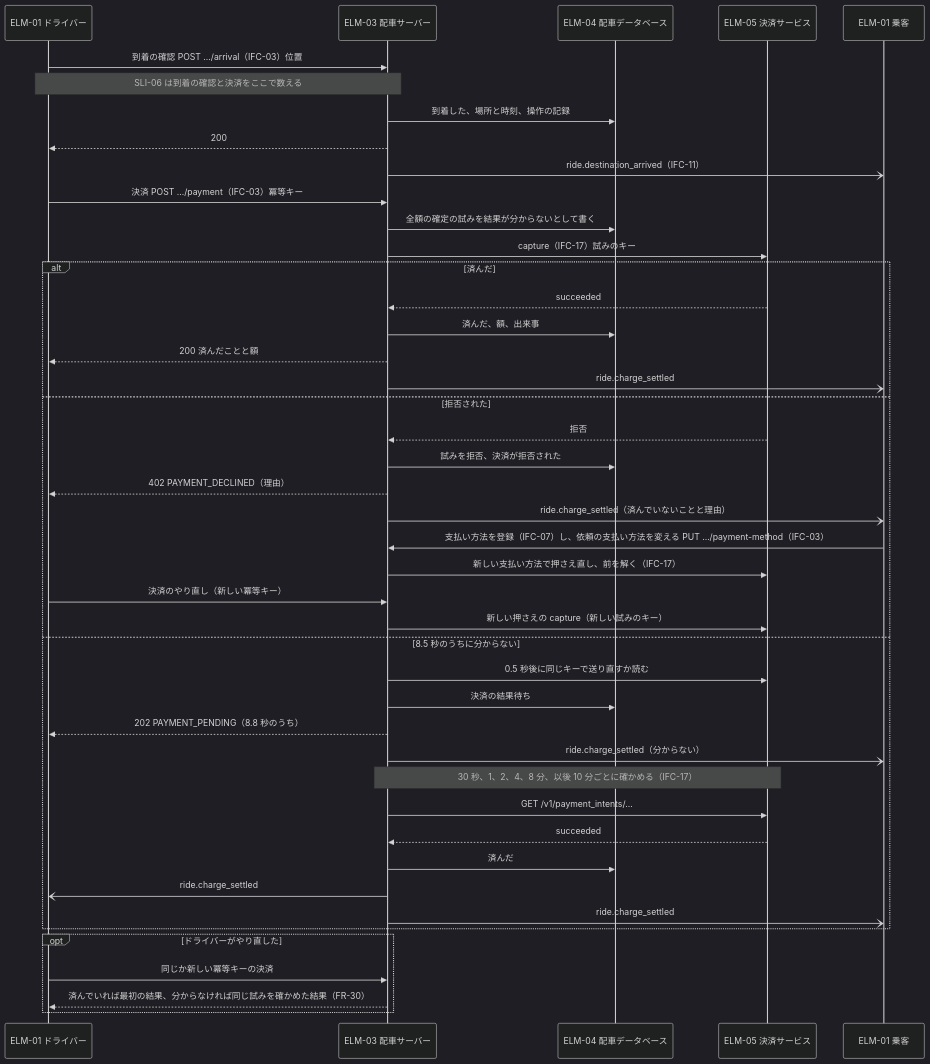
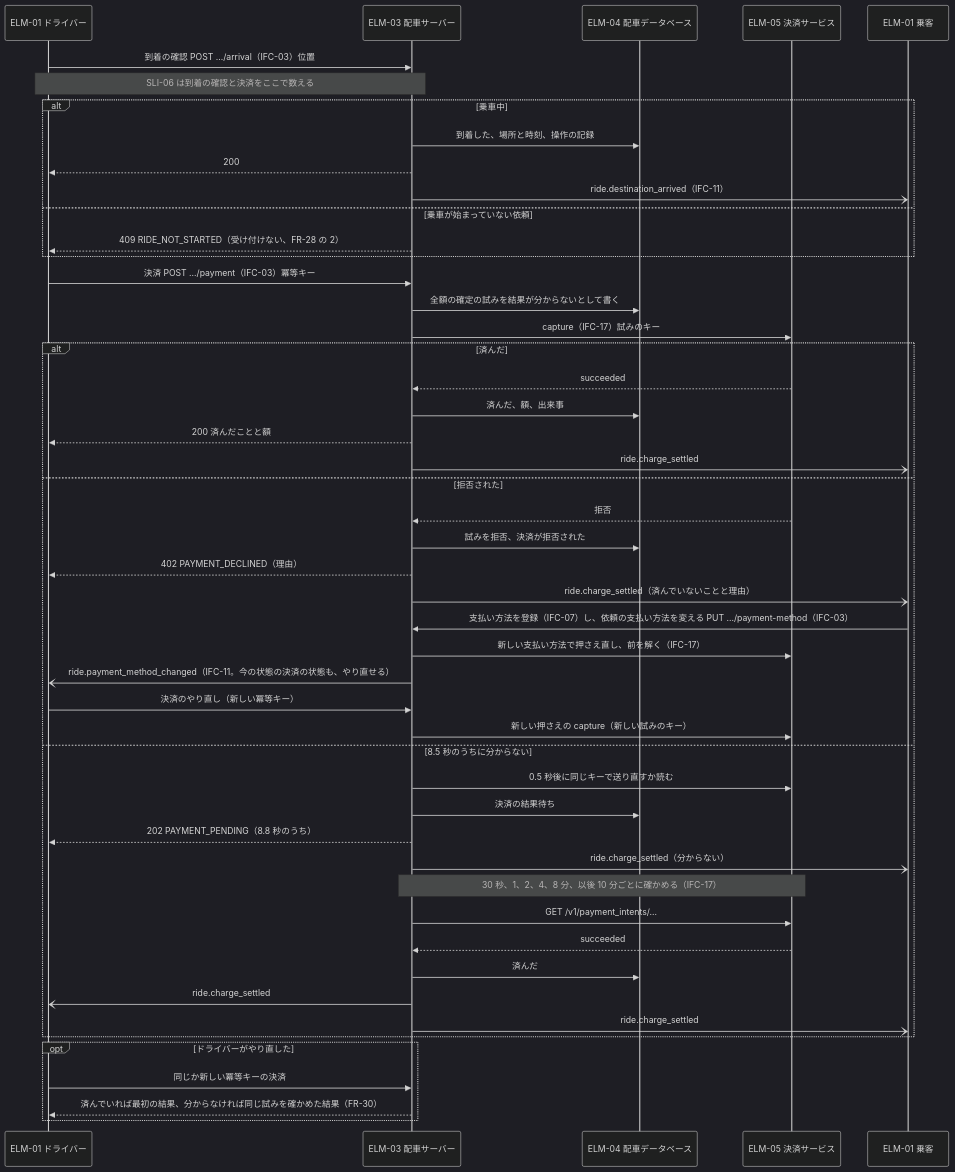
Before and after one commit to Taro000/ride-hailing-app-demo: diagram 12 of 57 in docs/design/3-high-level-design.md, drawn with Mermaid (dark theme). The commit also changed other lines of this file and 51 other files, not shown here.

````diff
--- a/docs/design/3-high-level-design.md
+++ b/docs/design/3-high-level-design.md
@@ -490,46 +553,51 @@
 ```mermaid
 sequenceDiagram
   participant D as ELM-01 ドライバー
   participant S as ELM-03 配車サーバー
   participant DB as ELM-04 配車データベース
   participant PAY as ELM-05 決済サービス
   participant P as ELM-01 乗客
   D->>S: 到着の確認 POST …/arrival（IFC-03）位置
   Note over D,S: SLI-06 は到着の確認と決済をここで数える
-  S->>DB: 到着した、場所と時刻、操作の記録
-  S-->>D: 200
-  S-)P: ride.destination_arrived（IFC-11）
+  alt 乗車中
+    S->>DB: 到着した、場所と時刻、操作の記録
+    S-->>D: 200
+    S-)P: ride.destination_arrived（IFC-11）
+  else 乗車が始まっていない依頼
+    S-->>D: 409 RIDE_NOT_STARTED（受け付けない、FR-28 の 2）
+  end
   D->>S: 決済 POST …/payment（IFC-03）冪等キー
   S->>DB: 全額の確定の試みを結果が分からないとして書く
   S->>PAY: capture（IFC-17）試みのキー
   alt 済んだ
     PAY-->>S: succeeded
     S->>DB: 済んだ、額、出来事
     S-->>D: 200 済んだことと額
     S-)P: ride.charge_settled
   else 拒否された
     PAY-->>S: 拒否
     S->>DB: 試みを拒否、決済が拒否された
     S-->>D: 402 PAYMENT_DECLINED（理由）
     S-)P: ride.charge_settled（済んでいないことと理由）
     P->>S: 支払い方法を登録（IFC-07）し、依頼の支払い方法を変える PUT …/payment-method（IFC-03）
     S->>PAY: 新しい支払い方法で押さえ直し、前を解く（IFC-17）
+    S-)D: ride.payment_method_changed（IFC-11。今の状態の決済の状態も、やり直せる）
     D->>S: 決済のやり直し（新しい冪等キー）
     S->>PAY: 新しい押さえの capture（新しい試みのキー）
   else 8.5 秒のうちに分からない
     S->>PAY: 0.5 秒後に同じキーで送り直すか読む
     S->>DB: 決済の結果待ち
     S-->>D: 202 PAYMENT_PENDING（8.8 秒のうち）
     S-)P: ride.charge_settled（分からない）
     Note over S,PAY: 30 秒、1、2、4、8 分、以後 10 分ごとに確かめる（IFC-17）
     S->>PAY: GET /v1/payment_intents/…
     PAY-->>S: succeeded
     S->>DB: 済んだ
     S-)D: ride.charge_settled
     S-)P: ride.charge_settled
   end
   opt ドライバーがやり直した
     D->>S: 同じか新しい冪等キーの決済
     S-->>D: 済んでいれば最初の結果、分からなければ同じ試みを確かめた結果（FR-30）
   end
 ```
````
